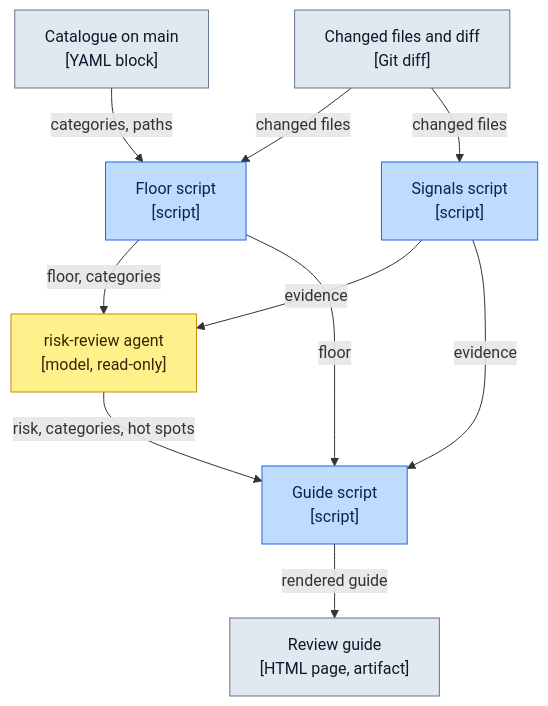
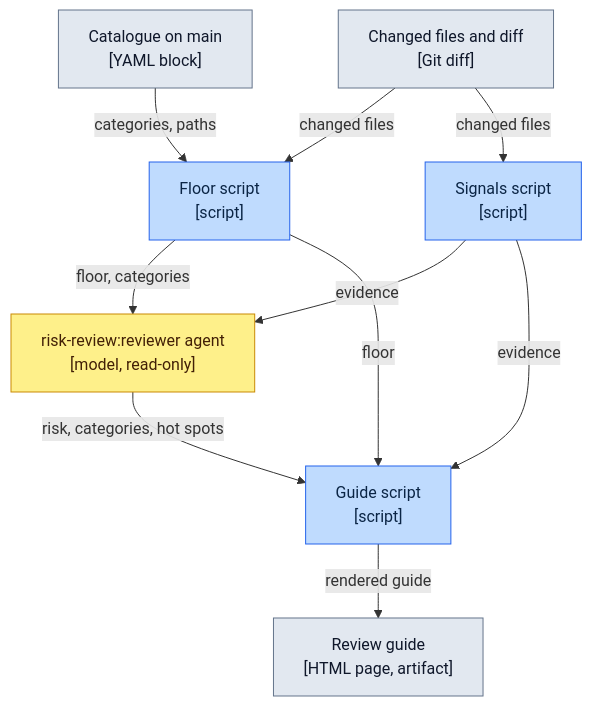
The diagram in docs/review-risk.md (cfisch3r/estimate), drawn with Mermaid before and after one commit. The commit also changed other lines of this file and 20 other files, not shown here.

First line of the commit message:
refactor: package the risk review as a skills-directory plugin (#192)

````diff
--- a/docs/review-risk.md
+++ b/docs/review-risk.md
@@ -19,28 +19,28 @@
 ```mermaid
 flowchart TD
   Diff["Changed files and diff<br/>[Git diff]"]
   Floor["Floor script<br/>[script]"]
   Sig["Signals script<br/>[script]"]
-  Agent["risk-review agent<br/>[model, read-only]"]
+  Agent["risk-review:reviewer agent<br/>[model, read-only]"]
   Guide["Guide script<br/>[script]"]
   Page["Review guide<br/>[HTML page, artifact]"]
 
   Cat["Catalogue on main<br/>[YAML block]"]
   Cat -->|"categories, paths"| Floor
   Diff -->|"changed files"| Floor
   Diff -->|"changed files"| Sig
   Floor -->|"floor, categories"| Agent
   Sig -->|"evidence"| Agent
   Sig -->|"evidence"| Guide
   Floor -->|"floor"| Guide
   Agent -->|"risk, categories, hot spots"| Guide
   Guide -->|"rendered guide"| Page
 
   classDef script fill:#BFDBFE,stroke:#2563EB,color:#0B2545
   classDef model fill:#FEF08A,stroke:#CA8A04,color:#422006
   classDef data fill:#E2E8F0,stroke:#64748B,color:#0F172A
 
   class Floor,Sig,Guide script
   class Agent model
   class Diff,Page,Cat data
 ```
````
